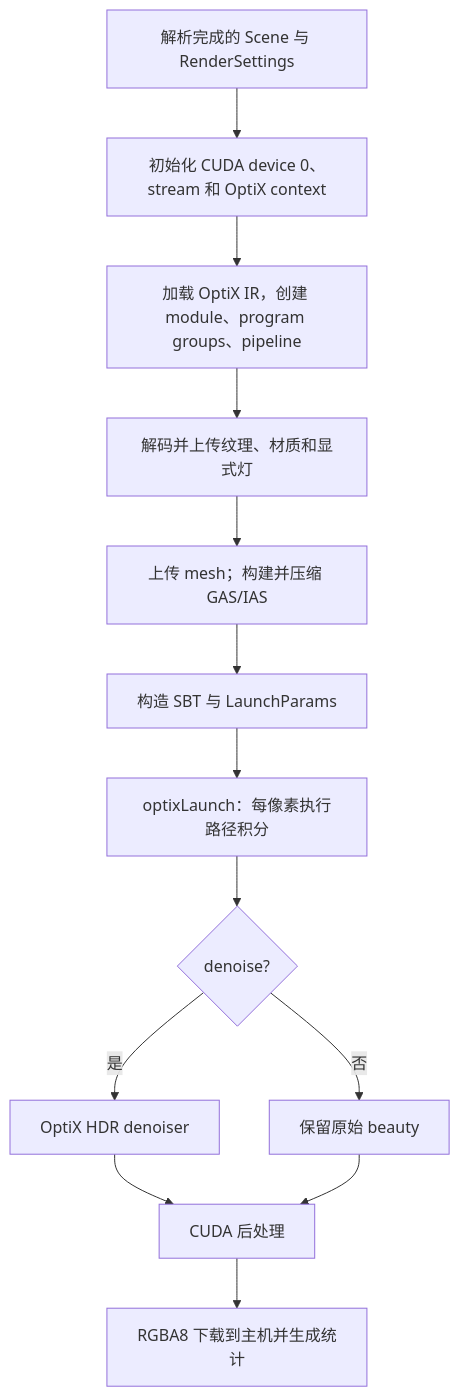
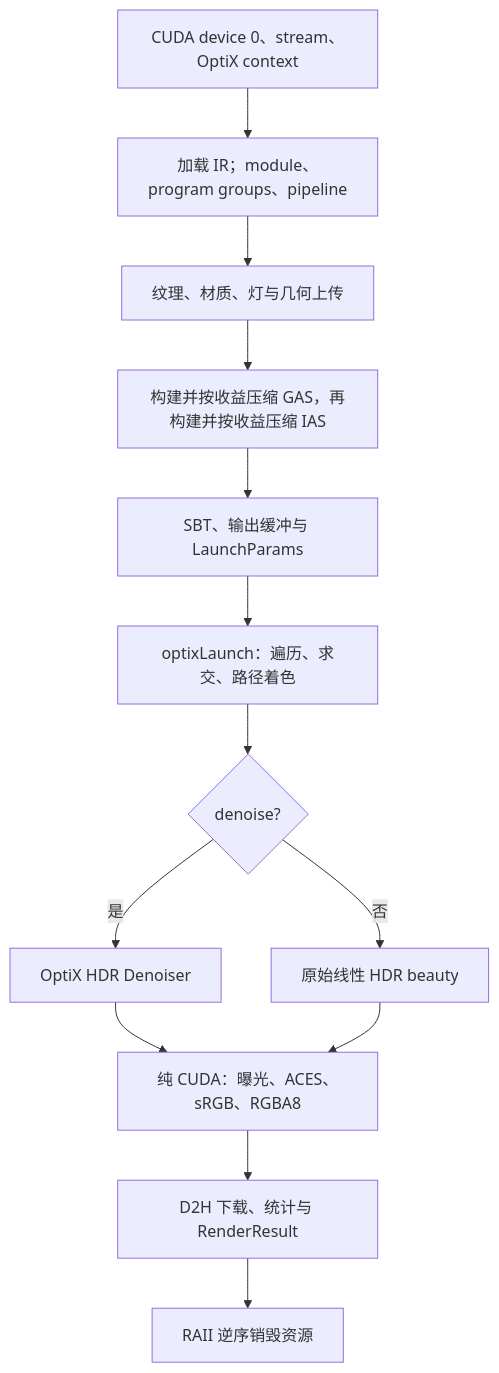
One commit to goooxu/SpectralDock changed the second of 2 diagrams in docs/technical-report/07-optix-gpu-implementation.md. Above: the diagram before and after it, drawn with Mermaid. The commit also changed other lines of this file and 4 other files, not shown here.

Commit message:
docs: document complete OptiX application flow

```diff
--- a/docs/technical-report/07-optix-gpu-implementation.md
+++ b/docs/technical-report/07-optix-gpu-implementation.md
@@ -9,15 +33,15 @@
 ~~~mermaid
 flowchart TD
-    A["解析完成的 Scene 与 RenderSettings"] --> B["初始化 CUDA device 0、stream 和 OptiX context"]
-    B --> C["加载 OptiX IR，创建 module、program groups、pipeline"]
-    C --> D["解码并上传纹理、材质和显式灯"]
-    D --> E["上传 mesh；构建并压缩 GAS/IAS"]
-    E --> F["构造 SBT 与 LaunchParams"]
-    F --> G["optixLaunch：每像素执行路径积分"]
-    G --> H{"denoise?"}
-    H -->|是| I["OptiX HDR denoiser"]
-    H -->|否| J["保留原始 beauty"]
-    I --> K["CUDA 后处理"]
-    J --> K
-    K --> L["RGBA8 下载到主机并生成统计"]
+    A["CUDA device 0、stream、OptiX context"] --> B["加载 IR；module、program groups、pipeline"]
+    B --> C["纹理、材质、灯与几何上传"]
+    C --> D["构建并按收益压缩 GAS，再构建并按收益压缩 IAS"]
+    D --> E["SBT、输出缓冲与 LaunchParams"]
+    E --> F["optixLaunch：遍历、求交、路径着色"]
+    F --> G{"denoise?"}
+    G -->|"是"| H["OptiX HDR Denoiser"]
+    G -->|"否"| I["原始线性 HDR beauty"]
+    H --> J["纯 CUDA：曝光、ACES、sRGB、RGBA8"]
+    I --> J
+    J --> K["D2H 下载、统计与 RenderResult"]
+    K --> L["RAII 逆序销毁资源"]
 ~~~
```
